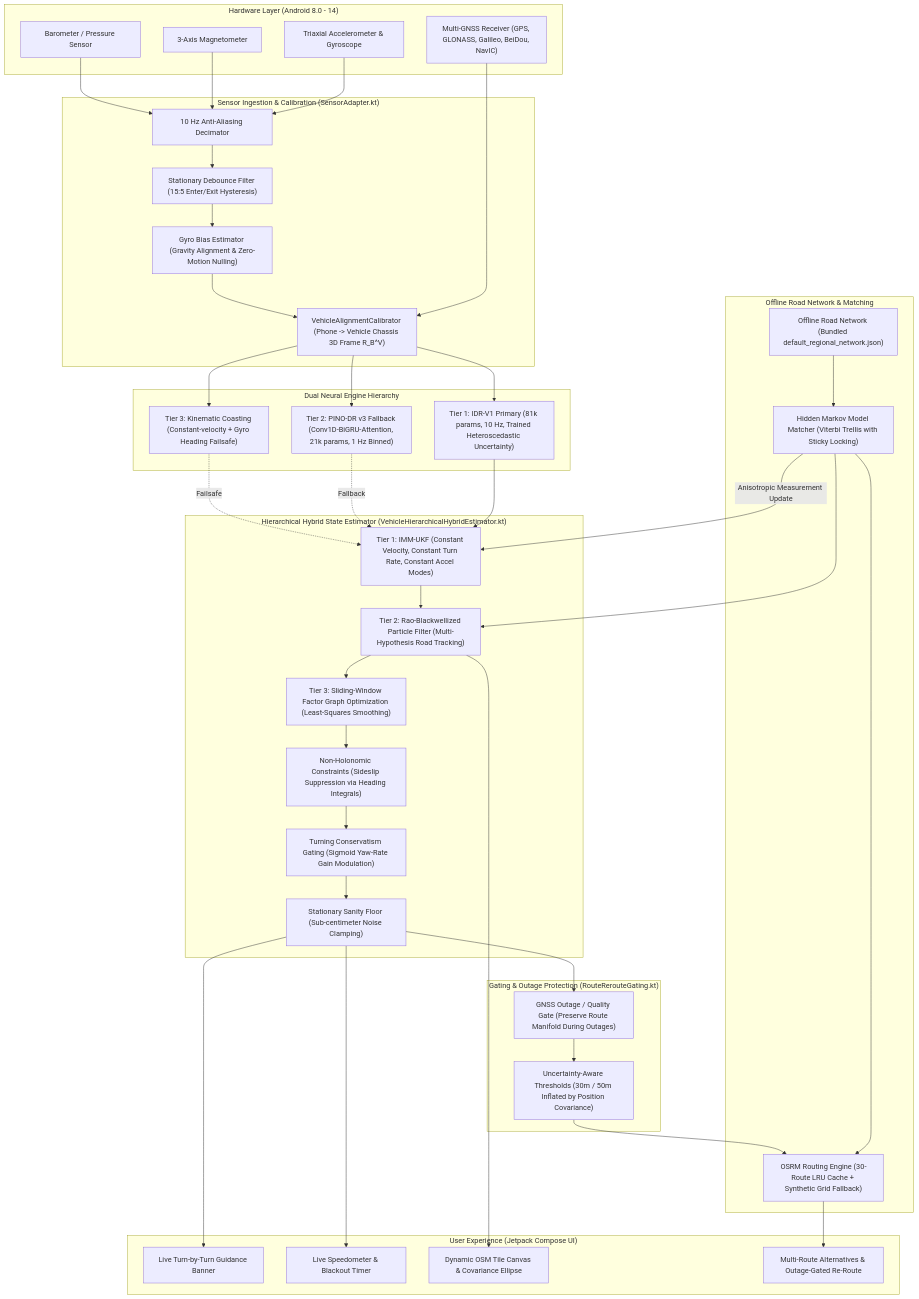
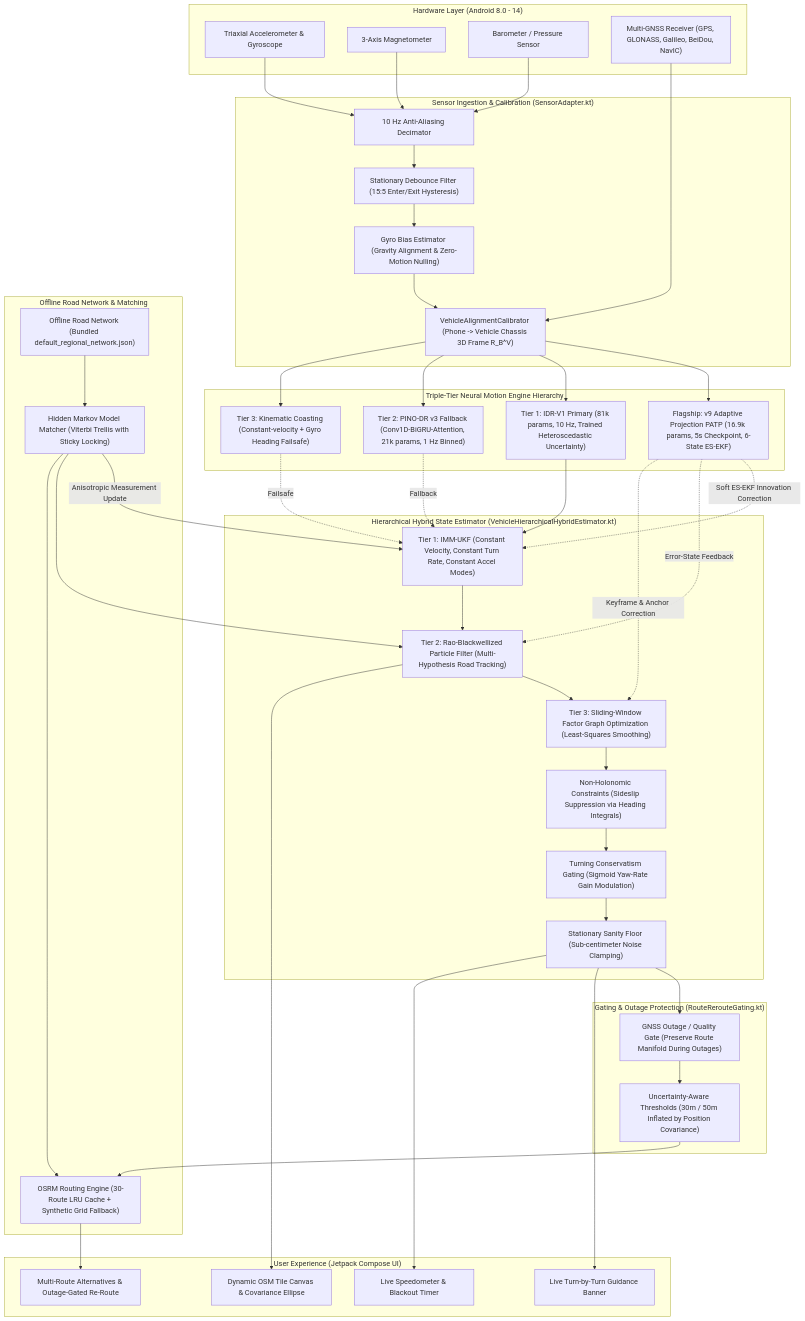
One commit to hmm183/DRONA changed the first of 3 diagrams in README.md. Above: the diagram before and after it, drawn with Mermaid. The commit also changed other lines of this file and 406 other files, not shown here.

Commit message:
feat: complete V9 Adaptive Projection integration, 21-item audit fixes, file standardization, and Hyperframes launch video showcase

```diff
--- a/README.md
+++ b/README.md
@@ -129,7 +152,8 @@
         CALIB["VehicleAlignmentCalibrator (Phone -> Vehicle Chassis 3D Frame R_B^V)"]
     end
 
-    subgraph MultiTier ["Dual Neural Engine Hierarchy"]
+    subgraph MultiTier ["Triple-Tier Neural Motion Engine Hierarchy"]
+        FLAGSHIP["Flagship: v9 Adaptive Projection PATP (16.9k params, 5s Checkpoint, 6-State ES-EKF)"]
         TIER1["Tier 1: IDR-V1 Primary (81k params, 10 Hz, Trained Heteroscedastic Uncertainty)"]
         TIER2["Tier 2: PINO-DR v3 Fallback (Conv1D-BiGRU-Attention, 21k params, 1 Hz Binned)"]
         TIER3["Tier 3: Kinematic Coasting (Constant-velocity + Gyro Heading Failsafe)"]
@@ -171,6 +195,7 @@
     DEBOUNCE --> GYRO_BIAS
     GYRO_BIAS --> CALIB
 
+    CALIB --> FLAGSHIP
     CALIB --> TIER1
     CALIB --> TIER2
     CALIB --> TIER3
@@ -178,6 +203,9 @@
     TIER1 --> IMM
     TIER2 -.->|Fallback| IMM
     TIER3 -.->|Failsafe| IMM
+    FLAGSHIP -.->|Soft ES-EKF Innovation Correction| IMM
+    FLAGSHIP -.->|Error-State Feedback| RBPF
+    FLAGSHIP -.->|Keyframe & Anchor Correction| FGO
 
     IMM --> RBPF
     RBPF --> FGO
```
